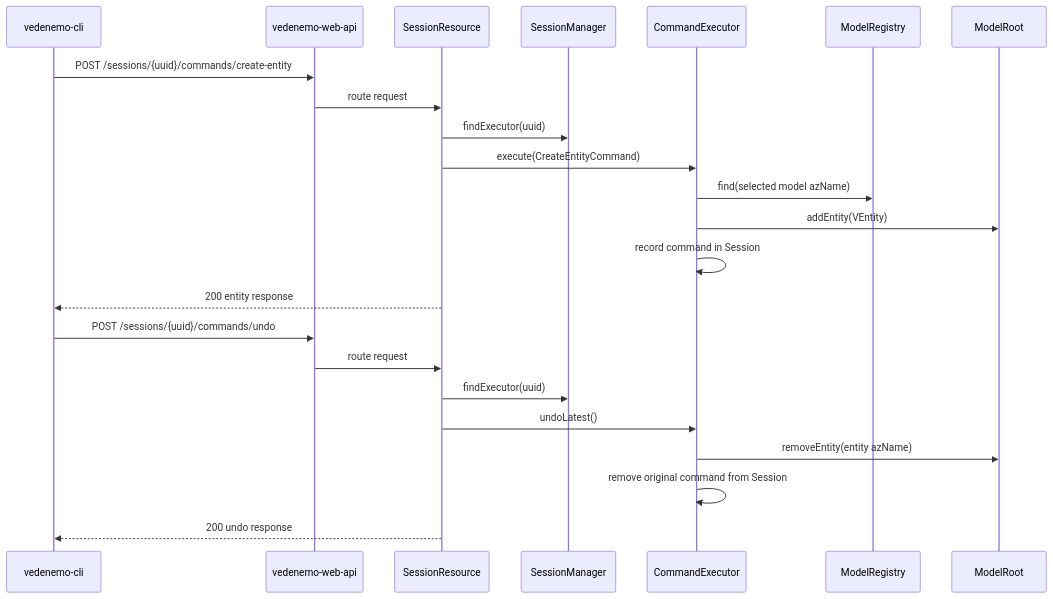
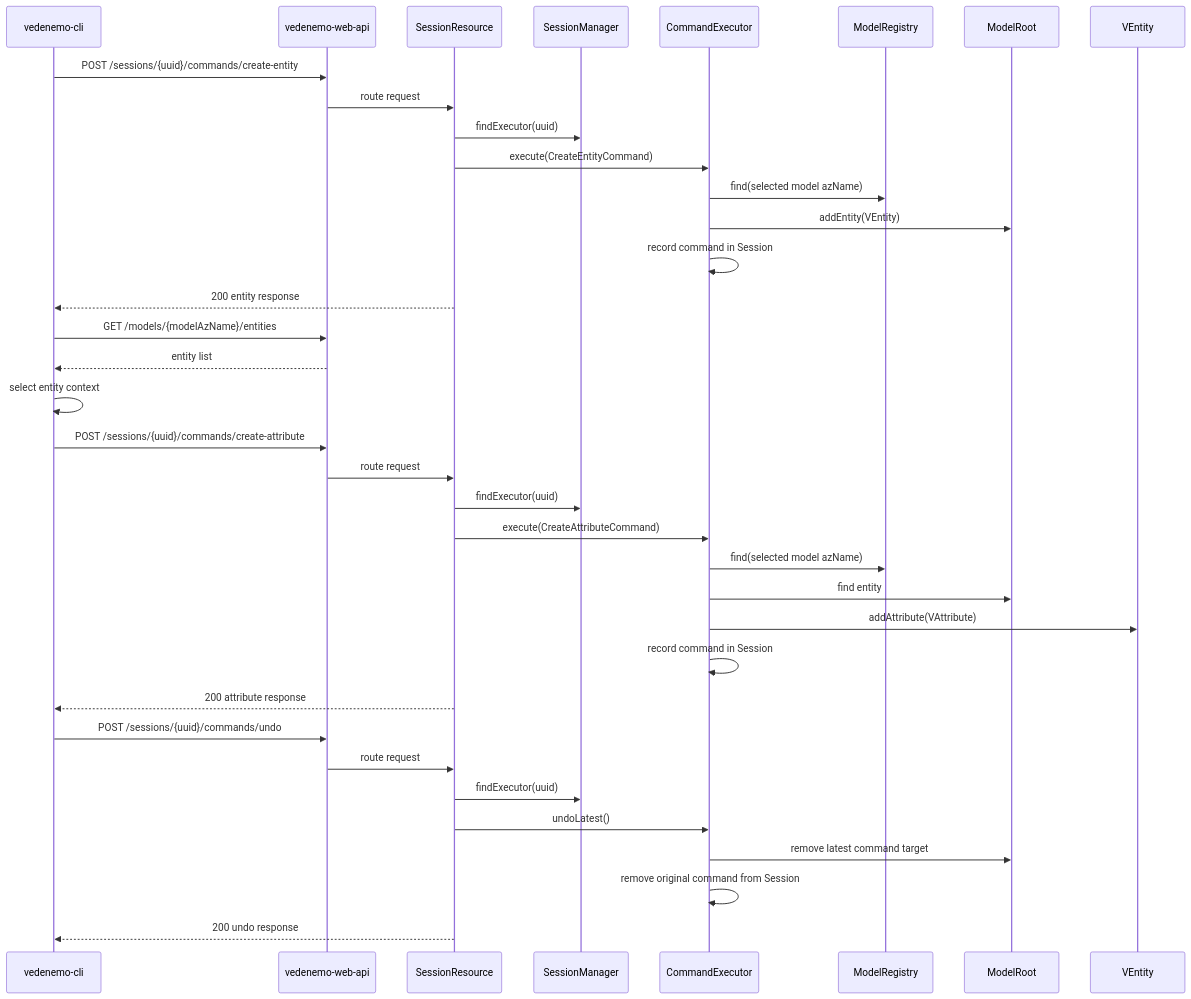
Before and after one commit to VedenemoDev/VedenemoMonorepo: the sixth of 7 diagrams in docs/architecture_doc.md, drawn with Mermaid. The commit also changed other lines of this file and 22 other files, not shown here.

````diff
--- a/docs/architecture_doc.md
+++ b/docs/architecture_doc.md
@@ -361,27 +380,42 @@
 ```mermaid
 sequenceDiagram
     participant CLI as vedenemo-cli
     participant API as vedenemo-web-api
     participant Sessions as SessionResource
     participant Manager as SessionManager
     participant Executor as CommandExecutor
     participant Registry as ModelRegistry
     participant Model as ModelRoot
+    participant Entity as VEntity
 
     CLI->>API: POST /sessions/{uuid}/commands/create-entity
     API->>Sessions: route request
     Sessions->>Manager: findExecutor(uuid)
     Sessions->>Executor: execute(CreateEntityCommand)
     Executor->>Registry: find(selected model azName)
     Executor->>Model: addEntity(VEntity)
     Executor->>Executor: record command in Session
     Sessions-->>CLI: 200 entity response
 
+    CLI->>API: GET /models/{modelAzName}/entities
+    API-->>CLI: entity list
+    CLI->>CLI: select entity context
+
+    CLI->>API: POST /sessions/{uuid}/commands/create-attribute
+    API->>Sessions: route request
+    Sessions->>Manager: findExecutor(uuid)
+    Sessions->>Executor: execute(CreateAttributeCommand)
+    Executor->>Registry: find(selected model azName)
+    Executor->>Model: find entity
+    Executor->>Entity: addAttribute(VAttribute)
+    Executor->>Executor: record command in Session
+    Sessions-->>CLI: 200 attribute response
+
     CLI->>API: POST /sessions/{uuid}/commands/undo
     API->>Sessions: route request
     Sessions->>Manager: findExecutor(uuid)
     Sessions->>Executor: undoLatest()
-    Executor->>Model: removeEntity(entity azName)
+    Executor->>Model: remove latest command target
     Executor->>Executor: remove original command from Session
     Sessions-->>CLI: 200 undo response
 ```
````
